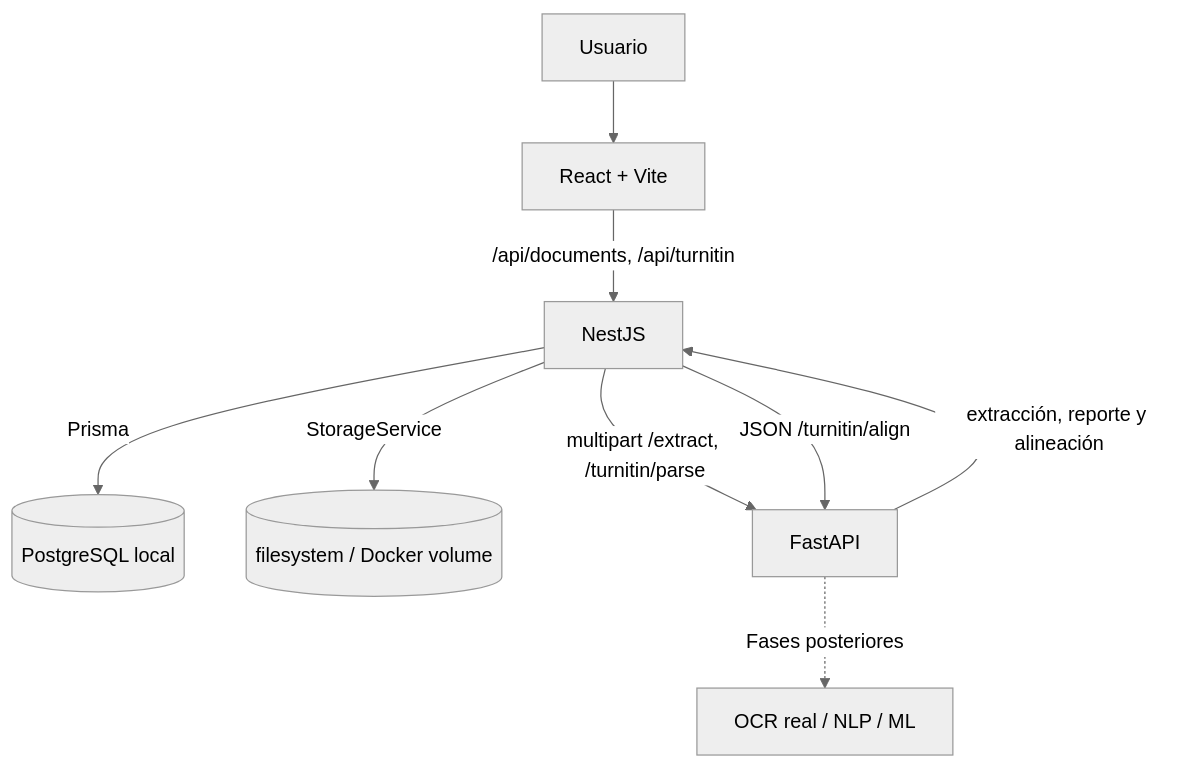
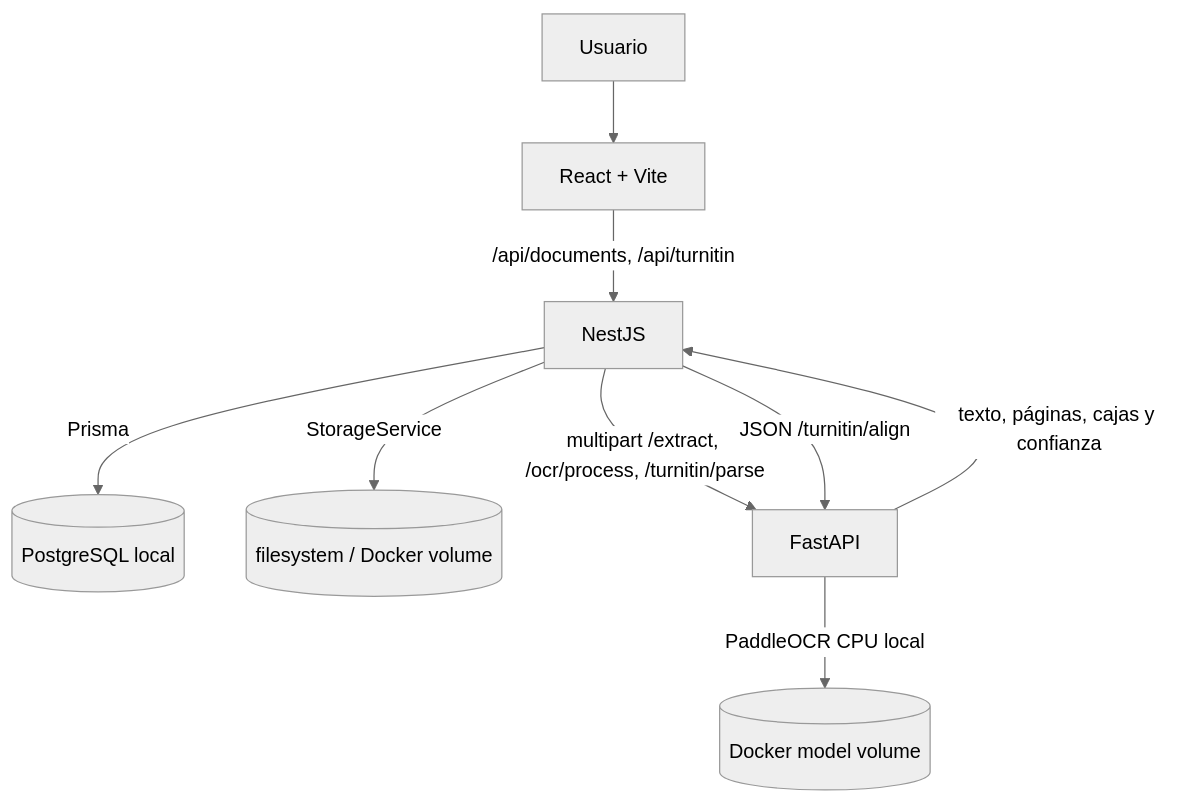
Before and after one commit to Anthgg/Turniting: the diagram in docs/ARCHITECTURE.md, drawn with Mermaid (neutral theme). The commit also changed other lines of this file and 65 other files, not shown here.

````diff
--- a/docs/ARCHITECTURE.md
+++ b/docs/ARCHITECTURE.md
@@ -5,11 +5,11 @@
 ```mermaid
 flowchart TD
     U[Usuario] --> FE[React + Vite]
     FE -->|/api/documents, /api/turnitin| BE[NestJS]
     BE -->|Prisma| DB[(PostgreSQL local)]
     BE -->|StorageService| FS[(filesystem / Docker volume)]
-    BE -->|multipart /extract, /turnitin/parse| AI[FastAPI]
+    BE -->|multipart /extract, /ocr/process, /turnitin/parse| AI[FastAPI]
     BE -->|JSON /turnitin/align| AI
-    AI -->|extracción, reporte y alineación| BE
-    AI -.->|Fases posteriores| OCR[OCR real / NLP / ML]
+    AI -->|texto, páginas, cajas y confianza| BE
+    AI -->|PaddleOCR CPU local| MODEL[(Docker model volume)]
 ```
````
